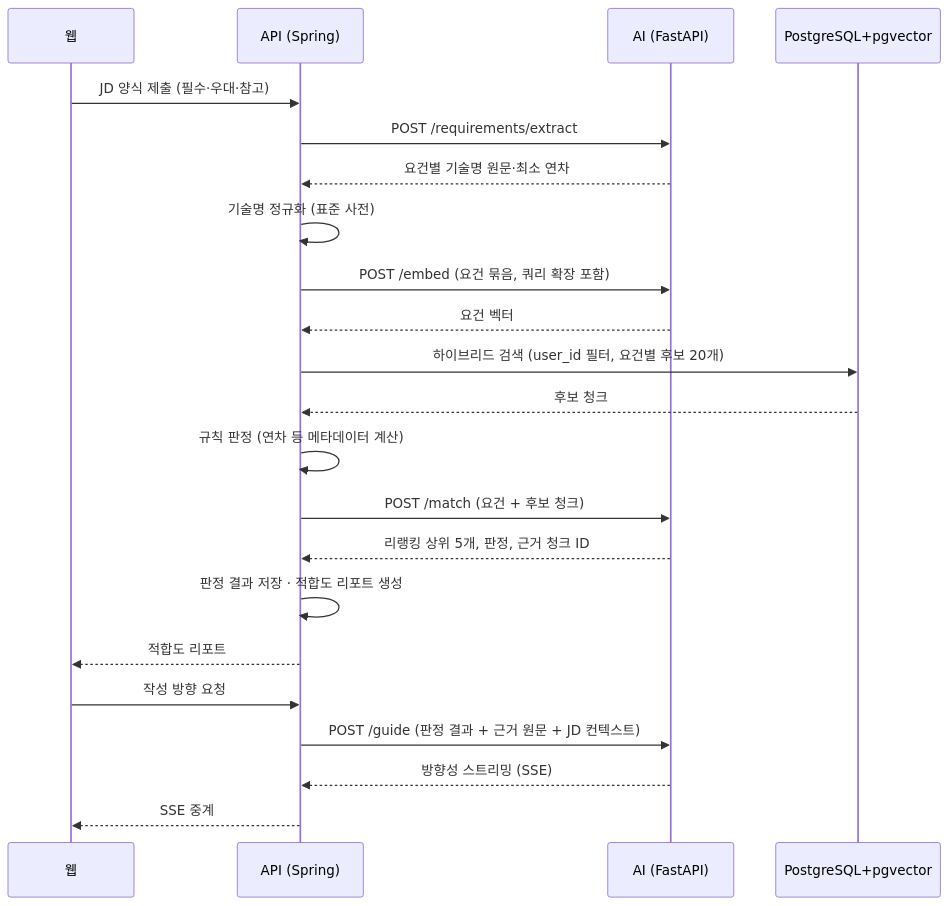
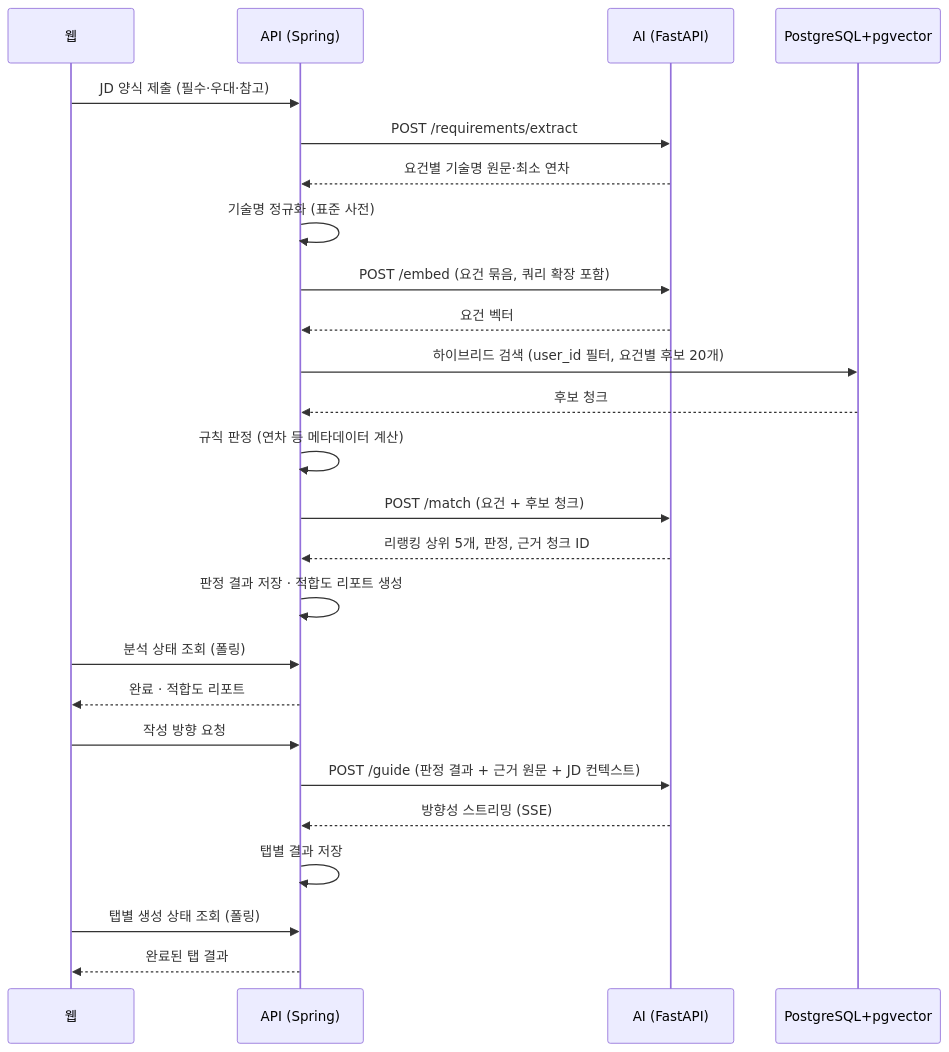
The third of 3 diagrams in 기획서.md (nerd-nam/SPEC-nerdnam), drawn with Mermaid before and after one commit. The commit also changed other lines of this file and 4 other files, not shown here.

````diff
--- a/기획서.md
+++ b/기획서.md
@@ -452,24 +453,27 @@
 ```mermaid
 sequenceDiagram
     participant W as 웹
     participant A as API (Spring)
     participant AI as AI (FastAPI)
     participant DB as PostgreSQL+pgvector
     W->>A: JD 양식 제출 (필수·우대·참고)
     A->>AI: POST /requirements/extract
     AI-->>A: 요건별 기술명 원문·최소 연차
     A->>A: 기술명 정규화 (표준 사전)
     A->>AI: POST /embed (요건 묶음, 쿼리 확장 포함)
     AI-->>A: 요건 벡터
     A->>DB: 하이브리드 검색 (user_id 필터, 요건별 후보 20개)
     DB-->>A: 후보 청크
     A->>A: 규칙 판정 (연차 등 메타데이터 계산)
     A->>AI: POST /match (요건 + 후보 청크)
     AI-->>A: 리랭킹 상위 5개, 판정, 근거 청크 ID
     A->>A: 판정 결과 저장 · 적합도 리포트 생성
-    A-->>W: 적합도 리포트
+    W->>A: 분석 상태 조회 (폴링)
+    A-->>W: 완료 · 적합도 리포트
     W->>A: 작성 방향 요청
     A->>AI: POST /guide (판정 결과 + 근거 원문 + JD 컨텍스트)
     AI-->>A: 방향성 스트리밍 (SSE)
-    A-->>W: SSE 중계
+    A->>A: 탭별 결과 저장
+    W->>A: 탭별 생성 상태 조회 (폴링)
+    A-->>W: 완료된 탭 결과
 ```
````
